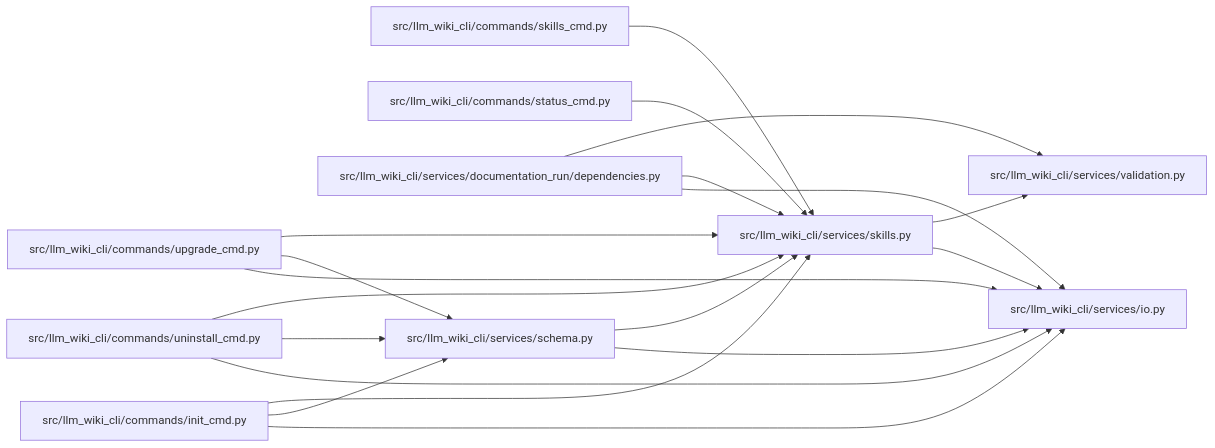
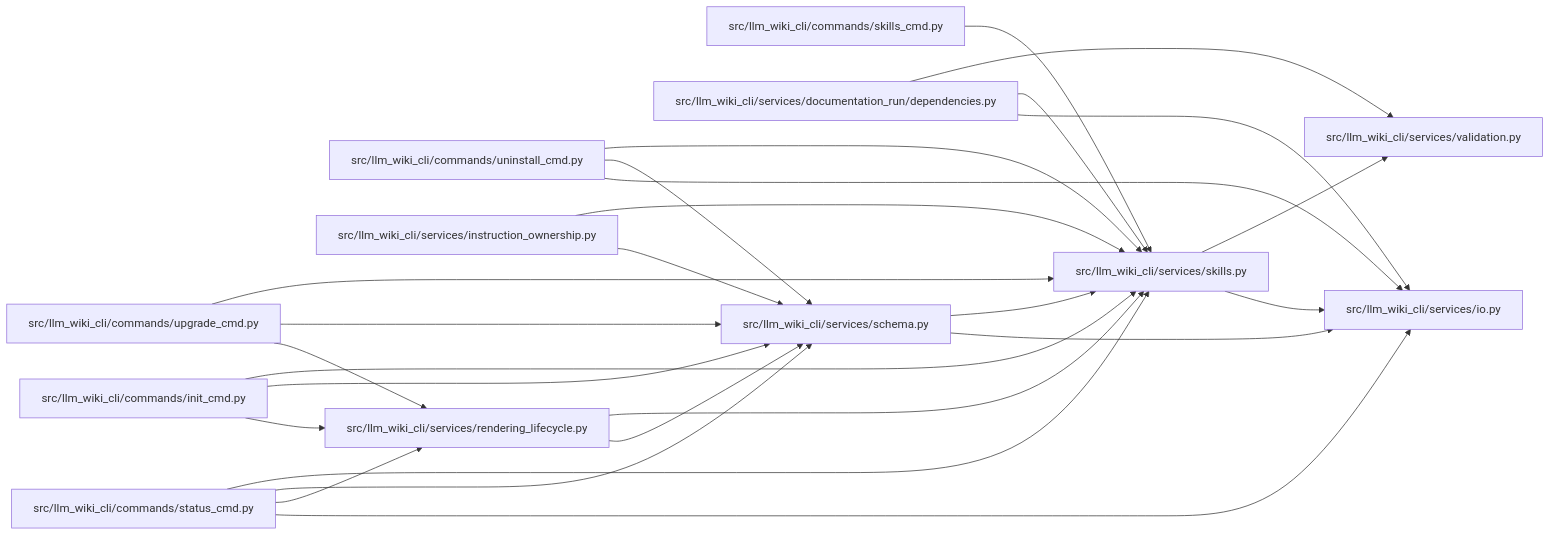
One commit to Denissvgn/python-wiki-llm changed the diagram in docs/llm_wiki/modules/skills.md. Above: the diagram before and after it, drawn with Mermaid. The commit also changed other lines of this file and 364 other files, not shown here.

````diff
--- a/docs/llm_wiki/modules/skills.md
+++ b/docs/llm_wiki/modules/skills.md
@@ -30,41 +34,52 @@
 ```mermaid
 flowchart LR
     n0["src/llm_wiki_cli/commands/init_cmd.py"]
     n1["src/llm_wiki_cli/commands/skills_cmd.py"]
     n2["src/llm_wiki_cli/commands/status_cmd.py"]
     n3["src/llm_wiki_cli/commands/uninstall_cmd.py"]
     n4["src/llm_wiki_cli/commands/upgrade_cmd.py"]
     n5["src/llm_wiki_cli/services/documentation_run/dependencies.py"]
-    n6["src/llm_wiki_cli/services/io.py"]
-    n7["src/llm_wiki_cli/services/schema.py"]
-    n8["src/llm_wiki_cli/services/skills.py"]
-    n9["src/llm_wiki_cli/services/validation.py"]
-    n0 --> n6
-    n0 --> n7
+    n6["src/llm_wiki_cli/services/instruction_ownership.py"]
+    n7["src/llm_wiki_cli/services/io.py"]
+    n8["src/llm_wiki_cli/services/rendering_lifecycle.py"]
+    n9["src/llm_wiki_cli/services/schema.py"]
+    n10["src/llm_wiki_cli/services/skills.py"]
+    n11["src/llm_wiki_cli/services/validation.py"]
     n0 --> n8
-    n1 --> n8
+    n0 --> n9
+    n0 --> n10
+    n1 --> n10
+    n2 --> n7
     n2 --> n8
-    n3 --> n6
+    n2 --> n9
+    n2 --> n10
     n3 --> n7
-    n3 --> n8
-    n4 --> n6
-    n4 --> n7
+    n3 --> n9
+    n3 --> n10
     n4 --> n8
-    n5 --> n6
-    n5 --> n8
-    n5 --> n9
-    n7 --> n6
-    n7 --> n8
-    n8 --> n6
+    n4 --> n9
+    n4 --> n10
+    n5 --> n7
+    n5 --> n10
+    n5 --> n11
+    n6 --> n9
+    n6 --> n10
     n8 --> n9
+    n8 --> n10
+    n9 --> n7
+    n9 --> n10
+    n10 --> n7
+    n10 --> n11
     click n0 "../modules/init_cmd.md"
     click n1 "../modules/skills_cmd.md"
     click n2 "../modules/status_cmd.md"
     click n3 "../modules/uninstall_cmd.md"
     click n4 "../modules/upgrade_cmd.md"
     click n5 "../modules/documentation_run_dependencies.md"
-    click n6 "../modules/io.md"
-    click n7 "../modules/services_schema.md"
-    click n8 "../modules/skills.md"
-    click n9 "../modules/validation.md"
+    click n6 "../modules/instruction_ownership.md"
+    click n7 "../modules/io.md"
+    click n8 "../modules/rendering_lifecycle.md"
+    click n9 "../modules/services_schema.md"
+    click n10 "../modules/skills.md"
+    click n11 "../modules/validation.md"
 ```
````
